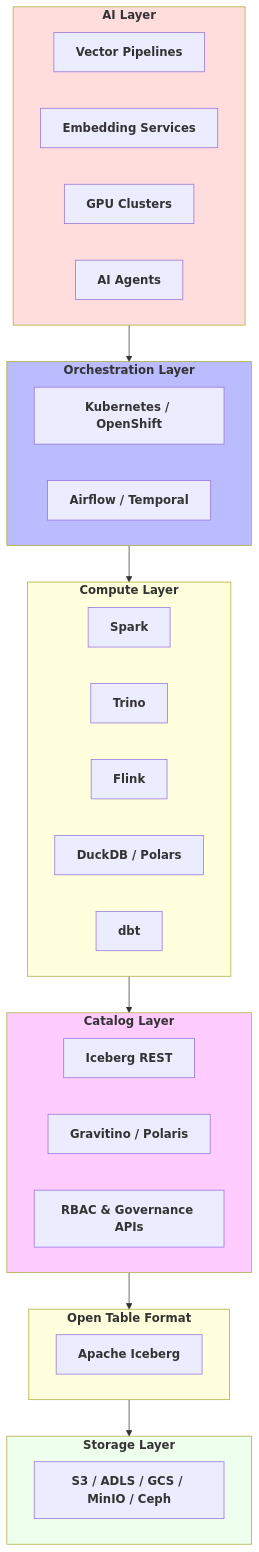
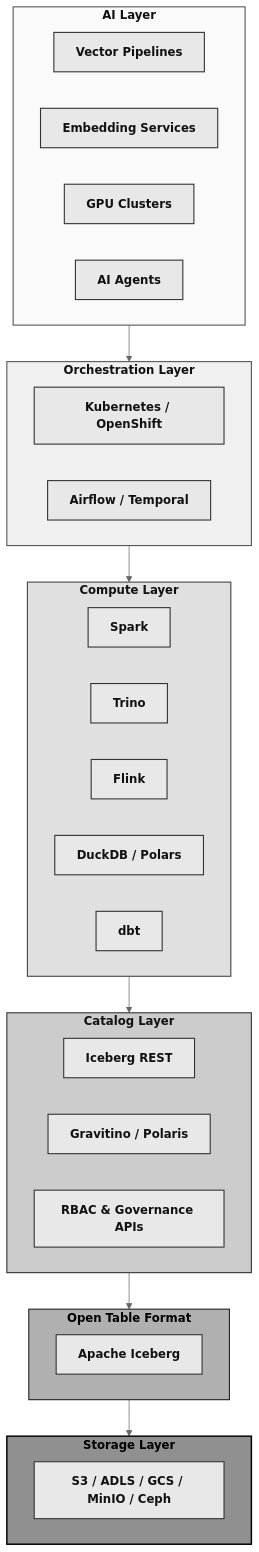
Before and after one commit to rilov/handbook: the seventh of 7 diagrams in _topics/modern-containerized-open-data-stack.md, drawn with Mermaid. The commit also changed other lines of this file, not shown here.

Commit message:
Update mermaid diagrams to grayscale with larger readable fonts

```diff
--- a/_topics/modern-containerized-open-data-stack.md
+++ b/_topics/modern-containerized-open-data-stack.md
@@ -399,41 +422,45 @@
 <div class="mermaid">
+%%{init: {'theme':'neutral', 'themeVariables': {'fontSize':'16px', 'fontFamily':'Helvetica, Arial, sans-serif'}}}%%
 graph TD
     subgraph AI["<b>AI Layer</b>"]
         V["<b>Vector Pipelines</b>"]
         E["<b>Embedding Services</b>"]
         G["<b>GPU Clusters</b>"]
         AG["<b>AI Agents</b>"]
     end
     subgraph ORCH["<b>Orchestration Layer</b>"]
         K8S["<b>Kubernetes / OpenShift</b>"]
         AF["<b>Airflow / Temporal</b>"]
     end
     subgraph COMP["<b>Compute Layer</b>"]
         SP["<b>Spark</b>"]
         TR["<b>Trino</b>"]
         FL["<b>Flink</b>"]
         DUCK["<b>DuckDB / Polars</b>"]
         DBT["<b>dbt</b>"]
     end
     subgraph CAT["<b>Catalog Layer</b>"]
         REST["<b>Iceberg REST</b>"]
         GRAV["<b>Gravitino / Polaris</b>"]
         RBAC["<b>RBAC &amp; Governance APIs</b>"]
     end
     subgraph TBL["<b>Open Table Format</b>"]
         ICE["<b>Apache Iceberg</b>"]
     end
     subgraph STO["<b>Storage Layer</b>"]
         OBJ["<b>S3 / ADLS / GCS / MinIO / Ceph</b>"]
     end
     AI --> ORCH
     ORCH --> COMP
     COMP --> CAT
     CAT --> TBL
     TBL --> STO
-    style STO fill:#efe
-    style TBL fill:#ffd
-    style CAT fill:#fcf
-    style ORCH fill:#bbf
-    style AI fill:#fdd
+    classDef gray fill:#e8e8e8,stroke:#333,stroke-width:1.5px,color:#111
+    class V,E,G,AG,K8S,AF,SP,TR,FL,DUCK,DBT,REST,GRAV,RBAC,ICE,OBJ gray
+    style AI fill:#fafafa,stroke:#555,stroke-width:1.5px,color:#111
+    style ORCH fill:#f0f0f0,stroke:#555,stroke-width:1.5px,color:#111
+    style COMP fill:#e0e0e0,stroke:#444,stroke-width:1.5px,color:#111
+    style CAT fill:#cccccc,stroke:#333,stroke-width:1.5px,color:#111
+    style TBL fill:#b0b0b0,stroke:#222,stroke-width:1.5px,color:#000
+    style STO fill:#909090,stroke:#000,stroke-width:2px,color:#000
 </div>
```
